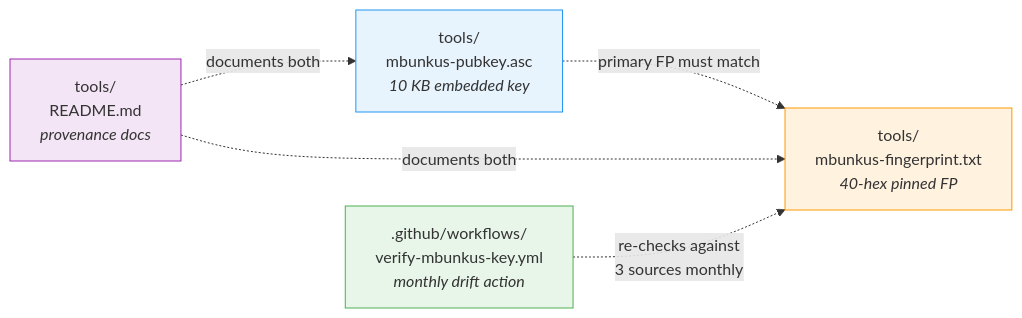
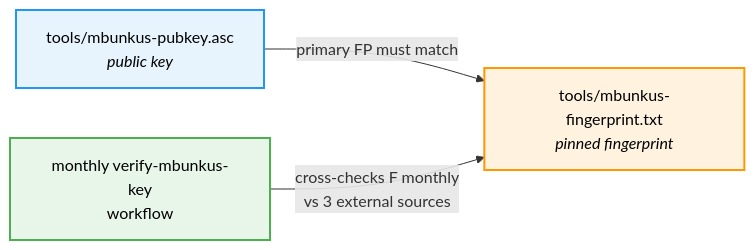
The second of 6 diagrams in docs/tarball-verification.md (CorticalCode/mkvtoolnix-macos-arm), drawn with Mermaid before and after one commit. The commit also changed other lines of this file and 2 other files, not shown here.

First line of the commit message:
docs: improve diagram readability and tighten guide content

````diff
--- a/docs/tarball-verification.md
+++ b/docs/tarball-verification.md
@@ -53,17 +64,13 @@
 ```mermaid
 flowchart LR
-    K["tools/<br/>mbunkus-pubkey.asc<br/><i>10 KB embedded key</i>"]
-    F["tools/<br/>mbunkus-fingerprint.txt<br/><i>40-hex pinned FP</i>"]
-    R["tools/<br/>README.md<br/><i>provenance docs</i>"]
-    W[".github/workflows/<br/>verify-mbunkus-key.yml<br/><i>monthly drift action</i>"]
+    K["tools/mbunkus-pubkey.asc<br/><i>public key</i>"]
+    F["tools/mbunkus-fingerprint.txt<br/><i>pinned fingerprint</i>"]
+    W["monthly verify-mbunkus-key<br/>workflow"]
 
-    K -.->|"primary FP must match"| F
-    R -.->|"documents both"| K
-    R -.->|"documents both"| F
-    W -.->|"re-checks against<br/>3 sources monthly"| F
+    K -->|"primary FP must match"| F
+    W -->|"cross-checks F monthly<br/>vs 3 external sources"| F
 
-    style K fill:#e8f4fd,stroke:#2196f3
-    style F fill:#fff3e0,stroke:#ff9800
-    style R fill:#f3e5f5,stroke:#9c27b0
-    style W fill:#e8f5e9,stroke:#4caf50
+    style F fill:#fff3e0,stroke:#ff9800,stroke-width:2px,color:#000
+    style K fill:#e8f4fd,stroke:#2196f3,stroke-width:2px,color:#000
+    style W fill:#e8f5e9,stroke:#4caf50,stroke-width:2px,color:#000
 ```
````
